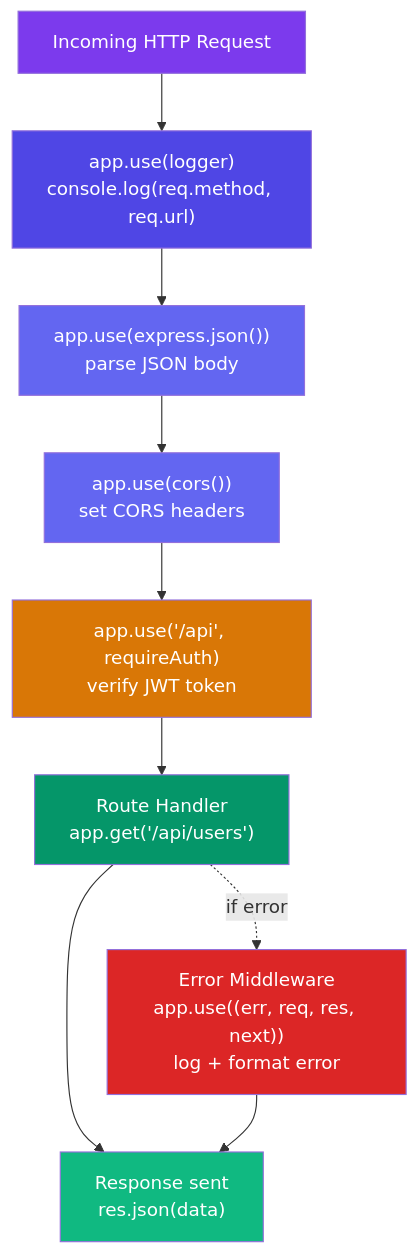
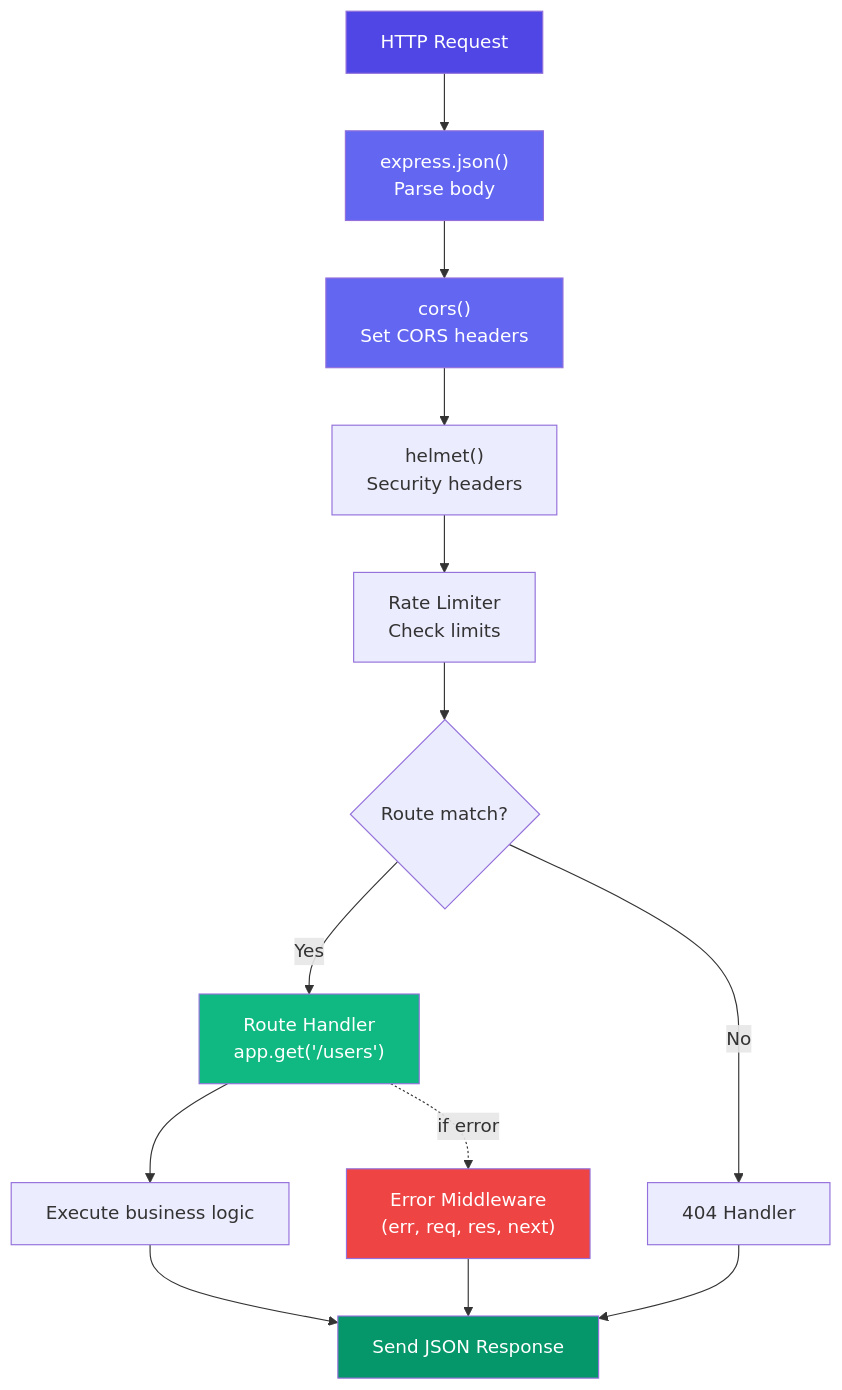
The first of 4 diagrams in dsa-docs/src/content/docs/nodejs/web/express-framework.md (prathameshp107/Astro-Docs-Sitre), drawn with Mermaid before and after one commit. The commit also changed other lines of this file and 50 other files, not shown here.

````diff
--- a/dsa-docs/src/content/docs/nodejs/web/express-framework.md
+++ b/dsa-docs/src/content/docs/nodejs/web/express-framework.md
@@ -97,20 +93,27 @@
 ```mermaid
-flowchart TB
-    Req["Incoming HTTP Request"] --> Logger["app.use(logger)\nconsole.log(req.method, req.url)"]
-    Logger --> JSON["app.use(express.json())\nparse JSON body"]
-    JSON --> CORS["app.use(cors())\nset CORS headers"]
-    CORS --> Auth["app.use('/api', requireAuth)\nverify JWT token"]
-    Auth --> Route["Route Handler\napp.get('/api/users')"]
-    Route --> Response["Response sent\nres.json(data)"]
-    Route -.->|"if error"| ErrorHandler["Error Middleware\napp.use((err, req, res, next))\nlog + format error"]
-    ErrorHandler --> Response
+flowchart TD
+    Req["HTTP Request"] 
+    Req --> MW1["express.json()\nParse body"]
+    MW1 --> MW2["cors()\nSet CORS headers"]
+    MW2 --> MW3["helmet()\nSecurity headers"]
+    MW3 --> MW4["Rate Limiter\nCheck limits"]
+    
+    MW4 --> Router{"Route match?"}
+    
+    Router -->|"Yes"| Route["Route Handler\napp.get('/users')"]
+    Router -->|"No"| NotFound["404 Handler"]
+    
+    Route --> Handler["Execute business logic"]
+    Handler --> Response["Send JSON Response"]
+    NotFound --> Response
+    
+    Route -.->|"if error"| ErrorMW["Error Middleware\n(err, req, res, next)"]
+    ErrorMW --> Response
 
-    style Req fill:#7c3aed,color:#fff
-    style Logger fill:#4f46e5,color:#fff
-    style JSON fill:#6366f1,color:#fff
-    style CORS fill:#6366f1,color:#fff
-    style Auth fill:#d97706,color:#fff
-    style Route fill:#059669,color:#fff
-    style ErrorHandler fill:#dc2626,color:#fff
-    style Response fill:#10b981,color:#fff
+    style Req fill:#4f46e5,color:#fff
+    style MW1 fill:#6366f1,color:#fff
+    style MW2 fill:#6366f1,color:#fff
+    style Route fill:#10b981,color:#fff
+    style ErrorMW fill:#ef4444,color:#fff
+    style Response fill:#059669,color:#fff
 ```
````
